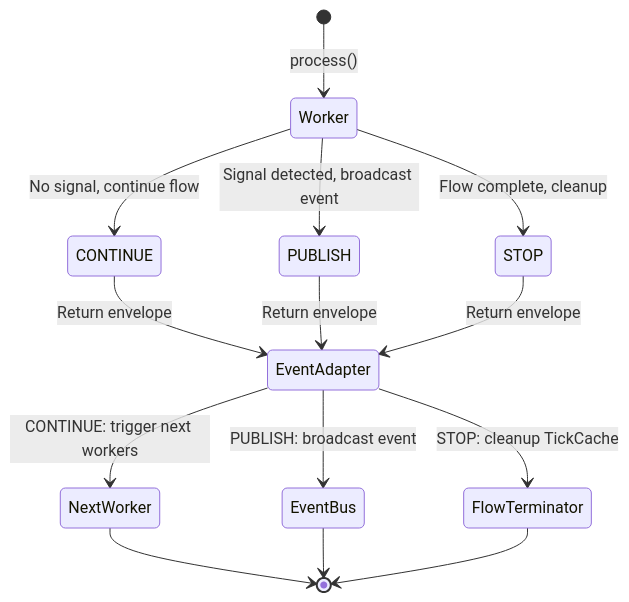
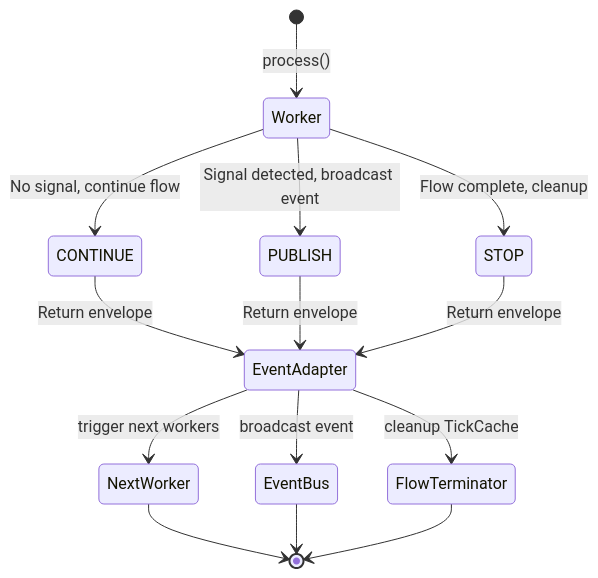
One commit to MikeyVK/S1mpleTraderV3 changed the second of 2 diagrams in docs/architecture/DATA_FLOW.md. Above: the diagram before and after it, drawn with Mermaid. The commit also changed 1 other file, not shown here.

Commit message:
docs: Fix DATA_FLOW Mermaid error + recreate LogEnricher design from V2
Changes:
1. Fixed DATA_FLOW.md DispositionEnvelope state diagram
   - Removed duplicate colons in transition labels (e.g., "CONTINUE: trigger" → "trigger")
   - Mermaid stateDiagram-v2 syntax error resolved

2. Recreated LOGENRICHER_DESIGN.md based on V2 implementation
   - Based on actual code from app_logger.py and translator.py
   - Documented LogFormatter, LogEnricher, LogProfiler classes
   - Included custom log levels (SETUP, MATCH, FILTER, POLICY, RESULT, TRADE)
   - Translation integration with Translator component
   - Indentation support for nested component logging
   - i18n compliance rules from V2 section 10.7
   - Usage patterns for workers, assembly layer, services
   - V2→V3 migration notes
   - Open questions for causality tracking, JSON output, performance

This is a preliminary design preserving V2 architecture rather than new assumptions.

````diff
--- a/docs/architecture/DATA_FLOW.md
+++ b/docs/architecture/DATA_FLOW.md
@@ -131,19 +131,19 @@
 ```mermaid
 stateDiagram-v2
     [*] --> Worker: process()
     Worker --> CONTINUE: No signal, continue flow
     Worker --> PUBLISH: Signal detected, broadcast event
     Worker --> STOP: Flow complete, cleanup
     
     CONTINUE --> EventAdapter: Return envelope
     PUBLISH --> EventAdapter: Return envelope
     STOP --> EventAdapter: Return envelope
     
-    EventAdapter --> NextWorker: CONTINUE: trigger next workers
-    EventAdapter --> EventBus: PUBLISH: broadcast event
-    EventAdapter --> FlowTerminator: STOP: cleanup TickCache
+    EventAdapter --> NextWorker: trigger next workers
+    EventAdapter --> EventBus: broadcast event
+    EventAdapter --> FlowTerminator: cleanup TickCache
     
     NextWorker --> [*]
     EventBus --> [*]
     FlowTerminator --> [*]
 ```
````
